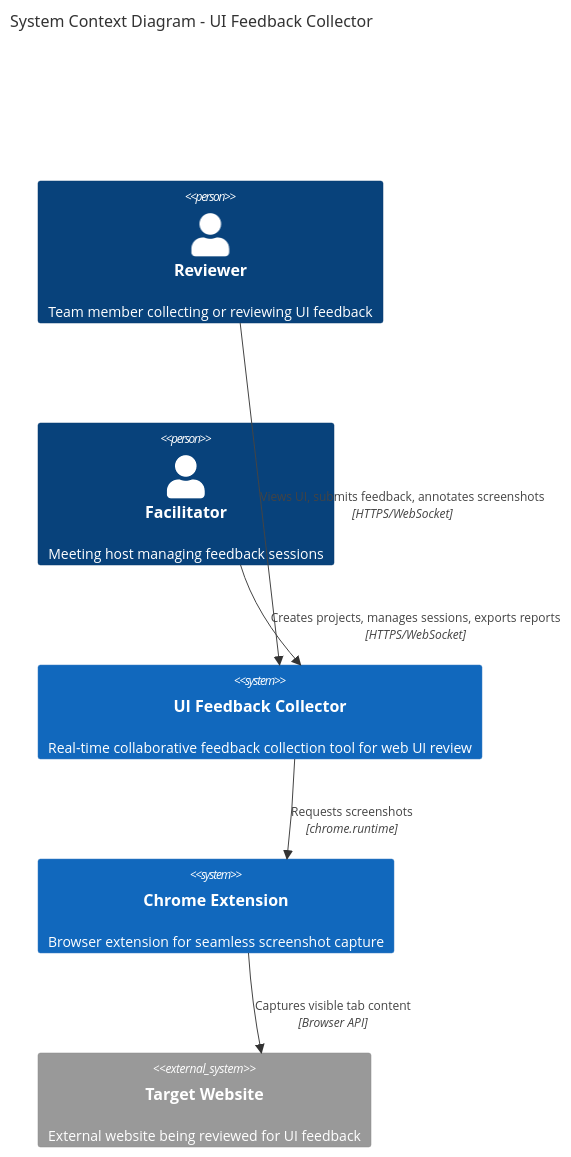
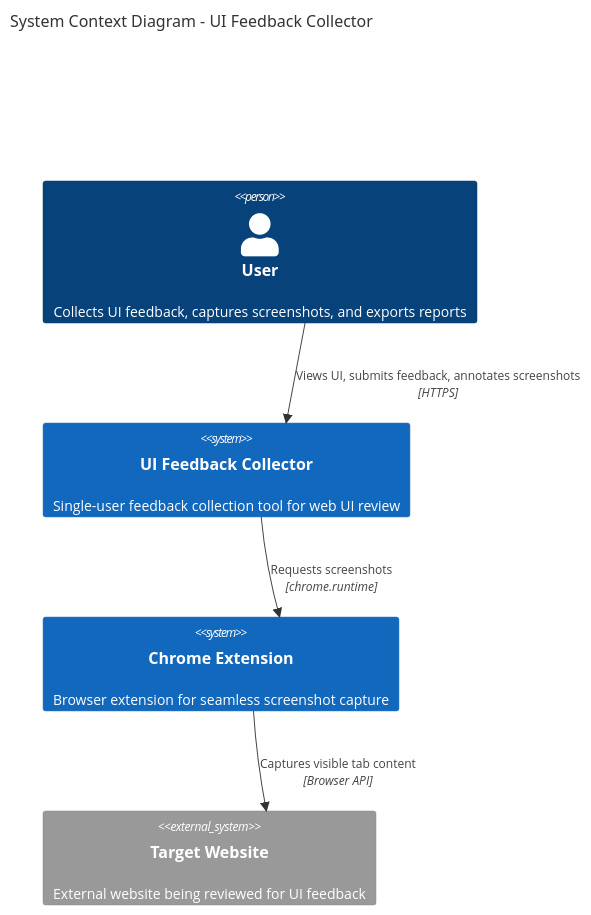
Before and after one commit to xKarinSan/SnapFeed: the first of 10 diagrams in docs/DIAGRAMS.md, drawn with Mermaid. The commit also changed other lines of this file and 13 other files, not shown here.

First line of the commit message:
refactor: convert from multi-user to single-user architecture

````diff
--- a/docs/DIAGRAMS.md
+++ b/docs/DIAGRAMS.md
@@ -11,17 +11,15 @@
 ```mermaid
 C4Context
     title System Context Diagram - UI Feedback Collector
 
-    Person(reviewer, "Reviewer", "Team member collecting or reviewing UI feedback")
-    Person(facilitator, "Facilitator", "Meeting host managing feedback sessions")
+    Person(user, "User", "Collects UI feedback, captures screenshots, and exports reports")
 
-    System(ufc, "UI Feedback Collector", "Real-time collaborative feedback collection tool for web UI review")
+    System(ufc, "UI Feedback Collector", "Single-user feedback collection tool for web UI review")
     System(extension, "Chrome Extension", "Browser extension for seamless screenshot capture")
 
     System_Ext(target_site, "Target Website", "External website being reviewed for UI feedback")
 
-    Rel(reviewer, ufc, "Views UI, submits feedback, annotates screenshots", "HTTPS/WebSocket")
-    Rel(facilitator, ufc, "Creates projects, manages sessions, exports reports", "HTTPS/WebSocket")
+    Rel(user, ufc, "Views UI, submits feedback, annotates screenshots", "HTTPS")
     Rel(ufc, extension, "Requests screenshots", "chrome.runtime")
     Rel(extension, target_site, "Captures visible tab content", "Browser API")
 ```
````
